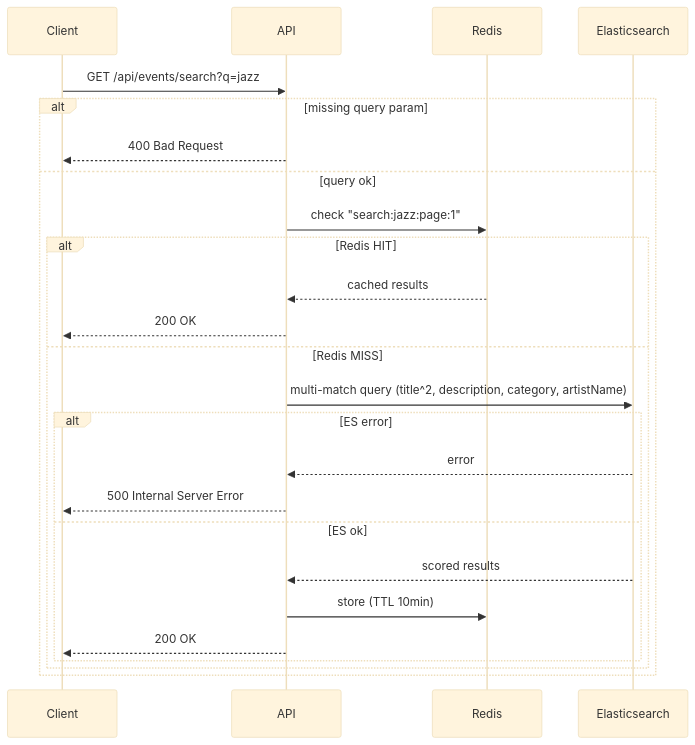
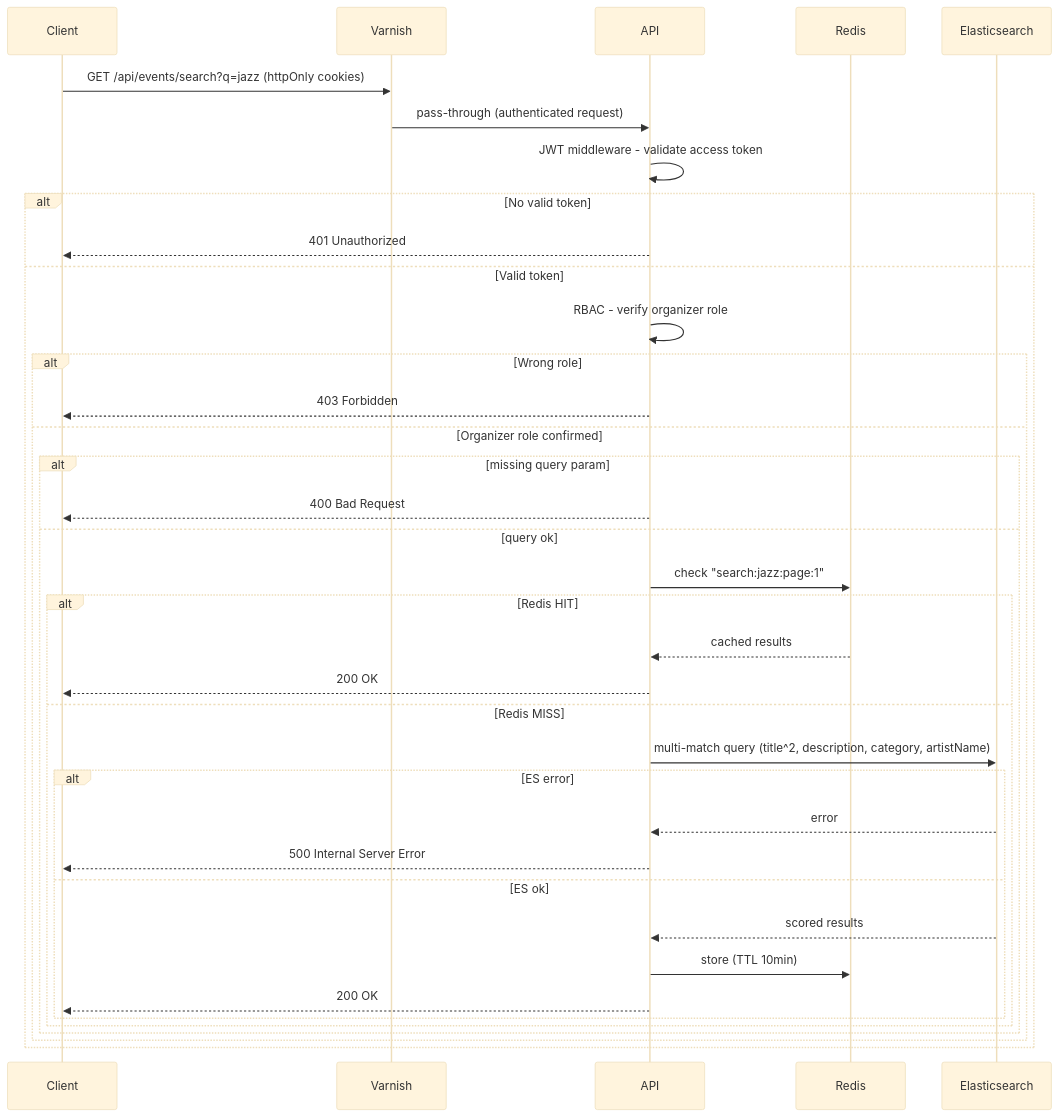
One commit to LaurentCondoure/EventManager changed the eighth of 11 diagrams in documentation/architecture/design/design-event-flows.md. Above: the diagram before and after it, drawn with Mermaid (base theme). The commit also changed other lines of this file and 58 other files, not shown here.

````diff
--- a/documentation/architecture/design/design-event-flows.md
+++ b/documentation/architecture/design/design-event-flows.md
@@ -150,28 +375,40 @@
 ```mermaid
 sequenceDiagram
     participant Client
+    participant Varnish
     participant API
     participant Redis
     participant ES as Elasticsearch
 
-    Client->>API: GET /api/events/search?q=jazz
-    alt missing query param
-        API-->>Client: 400 Bad Request
-    else query ok
-        API->>Redis: check "search:jazz:page:1"
-        alt Redis HIT
-            Redis-->>API: cached results
-            API-->>Client: 200 OK
-        else Redis MISS
-            API->>ES: multi-match query (title^2, description, category, artistName)
-            alt ES error
-                ES-->>API: error
-                API-->>Client: 500 Internal Server Error
-            else ES ok
-                ES-->>API: scored results
-                API->>Redis: store (TTL 10min)
-                API-->>Client: 200 OK
+    Client->>Varnish: GET /api/events/search?q=jazz (httpOnly cookies)
+    Varnish->>API: pass-through (authenticated request)
+    API->>API: JWT middleware - validate access token
+    alt No valid token
+        API-->>Client: 401 Unauthorized
+    else Valid token
+        API->>API: RBAC - verify organizer role
+        alt Wrong role
+            API-->>Client: 403 Forbidden
+        else Organizer role confirmed
+            alt missing query param
+                API-->>Client: 400 Bad Request
+            else query ok
+                API->>Redis: check "search:jazz:page:1"
+                alt Redis HIT
+                    Redis-->>API: cached results
+                    API-->>Client: 200 OK
+                else Redis MISS
+                    API->>ES: multi-match query (title^2, description, category, artistName)
+                    alt ES error
+                        ES-->>API: error
+                        API-->>Client: 500 Internal Server Error
+                    else ES ok
+                        ES-->>API: scored results
+                        API->>Redis: store (TTL 10min)
+                        API-->>Client: 200 OK
+                    end
+                end
             end
         end
     end
 ```
````
